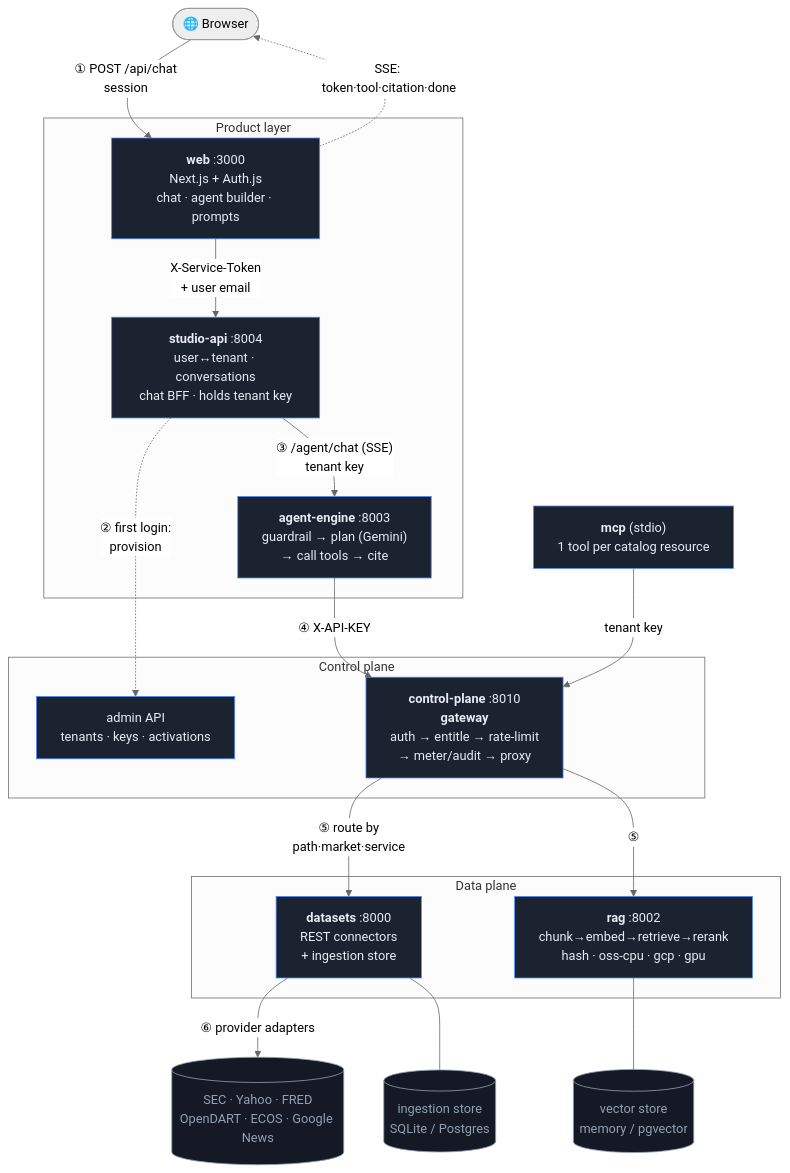
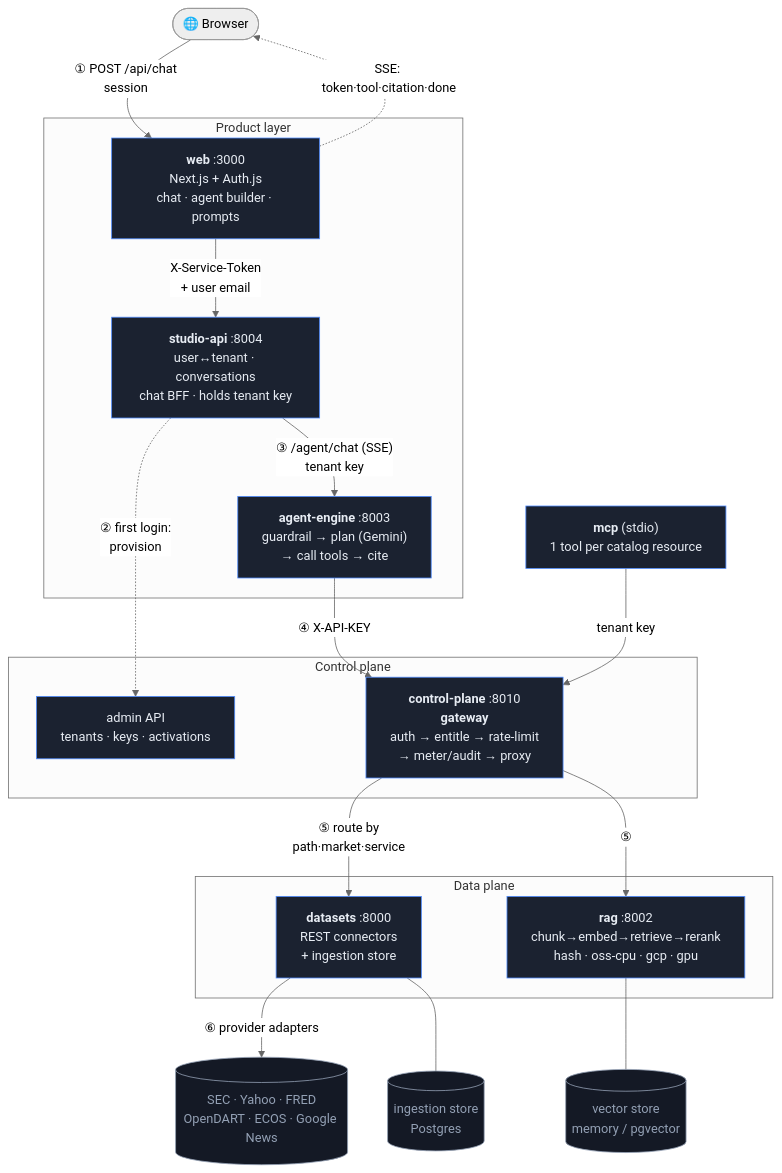
One commit to JinJis/value-graph changed the diagram in docs/ARCHITECTURE.md. Above: the diagram before and after it, drawn with Mermaid (neutral theme). The commit also changed other lines of this file and 14 other files, not shown here.

````diff
--- a/docs/ARCHITECTURE.md
+++ b/docs/ARCHITECTURE.md
@@ -34,44 +34,44 @@
 ```mermaid
 flowchart TD
     browser(["🌐 Browser"])
 
     subgraph product["Product layer"]
         web["<b>web</b> :3000<br/>Next.js + Auth.js<br/>chat · agent builder · prompts"]
         studio["<b>studio-api</b> :8004<br/>user↔tenant · conversations<br/>chat BFF · holds tenant key"]
         agent["<b>agent-engine</b> :8003<br/>guardrail → plan (Gemini)<br/>→ call tools → cite"]
     end
 
     subgraph control["Control plane"]
         gw["<b>control-plane</b> :8010<br/><b>gateway</b><br/>auth → entitle → rate-limit<br/>→ meter/audit → proxy"]
         admin["admin API<br/>tenants · keys · activations"]
     end
 
     subgraph dataplane["Data plane"]
         datasets["<b>datasets</b> :8000<br/>REST connectors<br/>+ ingestion store"]
         rag["<b>rag</b> :8002<br/>chunk→embed→retrieve→rerank<br/>hash · oss-cpu · gcp · gpu"]
     end
 
     mcp["<b>mcp</b> (stdio)<br/>1 tool per catalog resource"]
     upstreams[("SEC · Yahoo · FRED<br/>OpenDART · ECOS · Google News")]
-    store[("ingestion store<br/>SQLite / Postgres")]
+    store[("ingestion store<br/>Postgres")]
     vec[("vector store<br/>memory / pgvector")]
 
     browser -->|"① POST /api/chat<br/>session"| web
     web -->|"X-Service-Token<br/>+ user email"| studio
     studio -.->|"② first login:<br/>provision"| admin
     studio -->|"③ /agent/chat (SSE)<br/>tenant key"| agent
     agent -->|"④ X-API-KEY"| gw
     mcp -->|"tenant key"| gw
     gw -->|"⑤ route by<br/>path·market·service"| datasets
     gw -->|"⑤"| rag
     datasets -->|"⑥ provider adapters"| upstreams
     datasets --- store
     rag --- vec
 
     web -. "SSE: token·tool·citation·done" .-> browser
 
     classDef svc fill:#1b2230,stroke:#4f8cff,color:#e7ecf3;
     classDef ext fill:#141925,stroke:#93a0b4,color:#93a0b4;
     class web,studio,agent,gw,admin,datasets,rag,mcp svc;
     class upstreams,store,vec ext;
 ```
````
